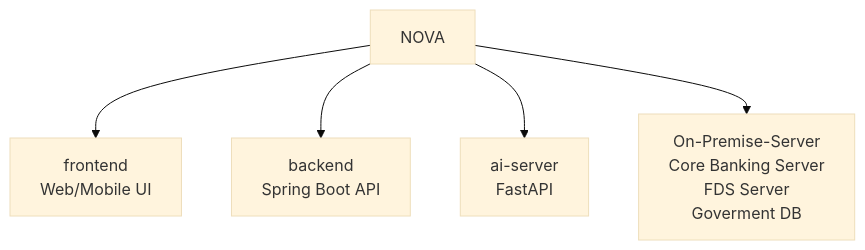
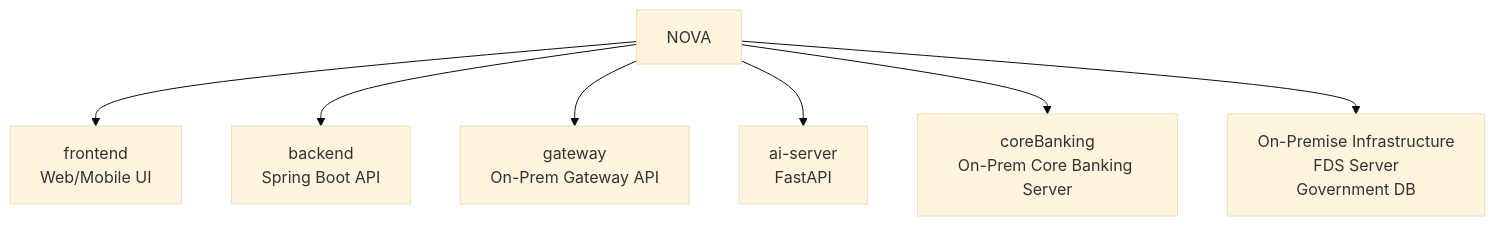
Before and after one commit to jaepar/NOVA: the first of 4 diagrams in AGENTS.md, drawn with Mermaid (base theme). The commit also changed other lines of this file, not shown here.

````diff
--- a/AGENTS.md
+++ b/AGENTS.md
@@ -8,8 +8,10 @@
 ```mermaid
 flowchart TD
     Root["NOVA"]
     Root --> FE["frontend<br/>Web/Mobile UI"]
     Root --> BE["backend<br/>Spring Boot API"]
+    Root --> GW["gateway<br/>On-Prem Gateway API"]
     Root --> AI["ai-server<br/>FastAPI"]
-    Root --> CB["On-Premise-Server<br/>Core Banking Server<br/>FDS Server<br/>Goverment DB"]
+    Root --> CB["coreBanking<br/>On-Prem Core Banking Server"]
+    Root --> OP["On-Premise Infrastructure<br/>FDS Server<br/>Government DB"]
 ```
````
